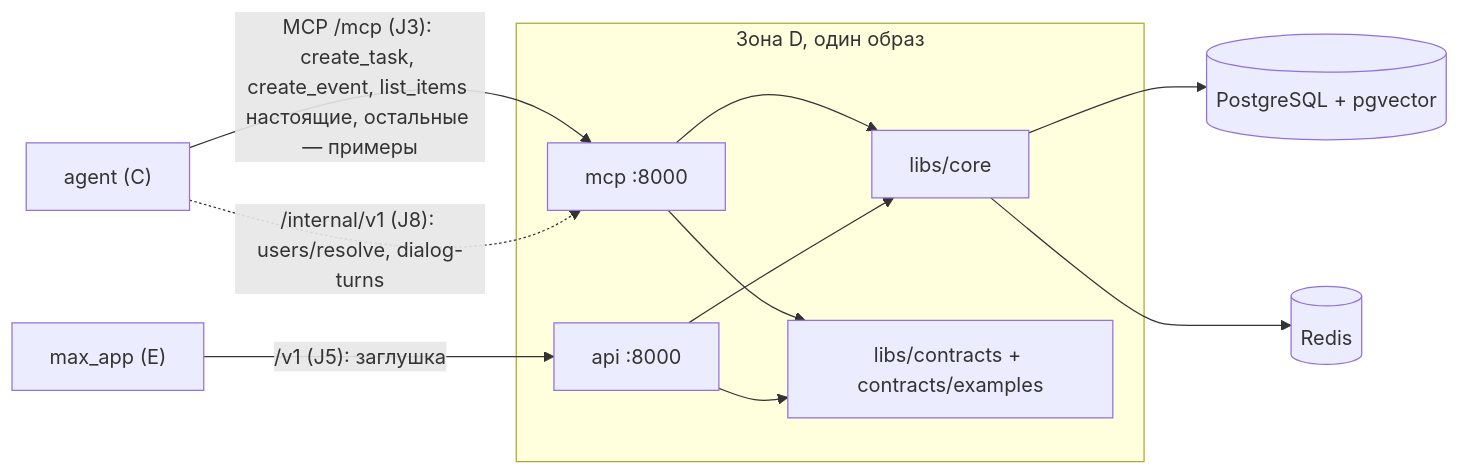
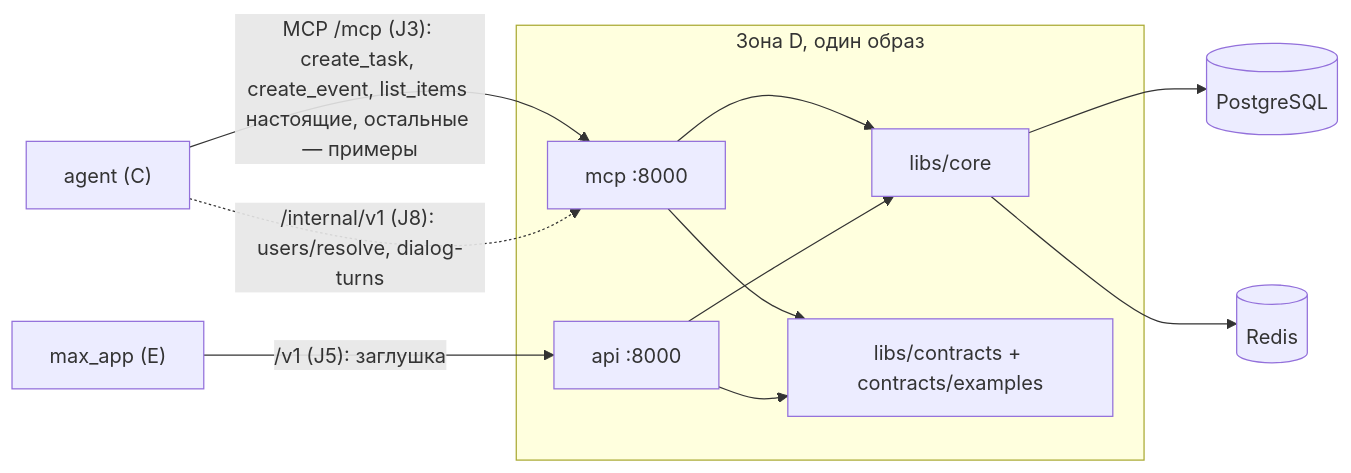
One commit to Tuitr/iNote changed the diagram in docs/PROJECT_LOG.md. Above: the diagram before and after it, drawn with Mermaid. The commit also changed other lines of this file and 12 other files, not shown here.

````diff
--- a/docs/PROJECT_LOG.md
+++ b/docs/PROJECT_LOG.md
@@ -36,18 +36,18 @@
 ```mermaid
 flowchart LR
     agent["agent (C)"] -->|"MCP /mcp (J3): create_task, create_event, list_items настоящие, остальные — примеры"| mcp
     agent -.->|"/internal/v1 (J8): users/resolve, dialog-turns"| mcp
     max_app["max_app (E)"] -->|"/v1 (J5): заглушка"| api
     subgraph D["Зона D, один образ"]
         mcp["mcp :8000"]
         api["api :8000"]
         core["libs/core"]
         contracts["libs/contracts + contracts/examples"]
         mcp --> core
         api --> core
         mcp --> contracts
         api --> contracts
     end
-    core --> pg[("PostgreSQL + pgvector")]
+    core --> pg[("PostgreSQL")]
     core --> redis[("Redis")]
 ```
````
